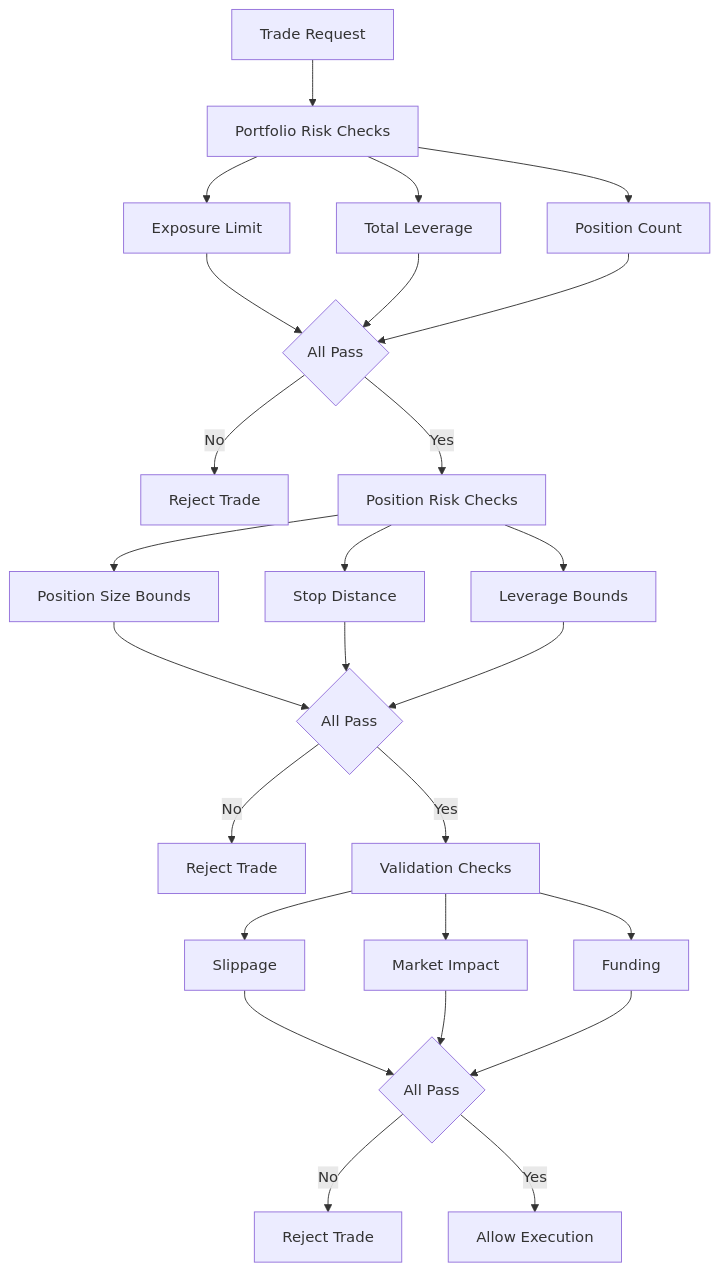
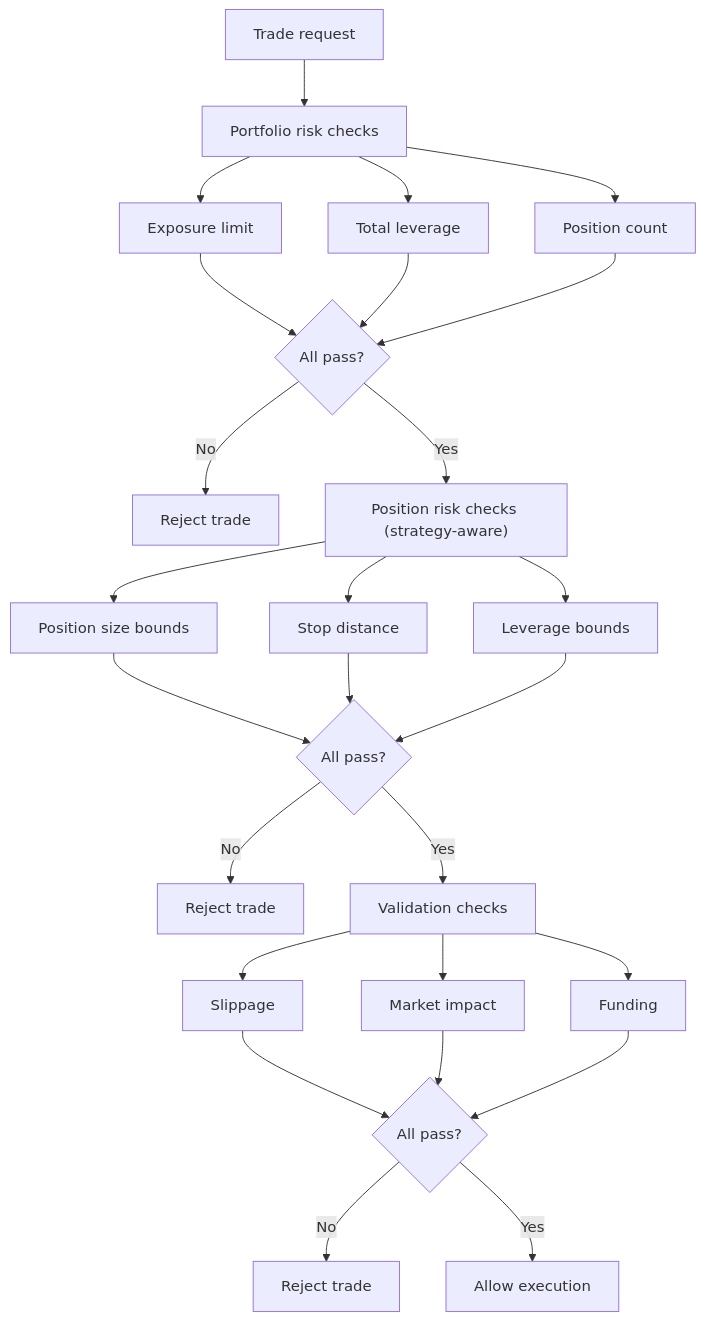
One commit to hashemselsherif/automated-trading-platform-showcase changed the ninth of 16 diagrams in diagrams/DIAGRAMS.md. Above: the diagram before and after it, drawn with Mermaid. The commit also changed other lines of this file and 2 other files, not shown here.

First line of the commit message:
docs: rebuild DIAGRAMS.md as canonical hub; render it from HTML viewer

````diff
--- a/diagrams/DIAGRAMS.md
+++ b/diagrams/DIAGRAMS.md
@@ -104,28 +290,28 @@
 ```mermaid
 flowchart TB
-  Trade[Trade Request] --> L1[Portfolio Risk Checks]
-  L1 --> A[Exposure Limit]
-  L1 --> B[Total Leverage]
-  L1 --> C[Position Count]
-  A --> D{All Pass}
+  Trade["Trade request"] --> L1["Portfolio risk checks"]
+  L1 --> A["Exposure limit"]
+  L1 --> B["Total leverage"]
+  L1 --> C["Position count"]
+  A --> D{"All pass?"}
   B --> D
   C --> D
-  D -->|No| Reject1[Reject Trade]
-  D -->|Yes| L2[Position Risk Checks]
-  L2 --> E[Position Size Bounds]
-  L2 --> F[Stop Distance]
-  L2 --> G[Leverage Bounds]
-  E --> H{All Pass}
+  D -->|No| Reject1["Reject trade"]
+  D -->|Yes| L2["Position risk checks (strategy-aware)"]
+  L2 --> E["Position size bounds"]
+  L2 --> F["Stop distance"]
+  L2 --> G["Leverage bounds"]
+  E --> H{"All pass?"}
   F --> H
   G --> H
-  H -->|No| Reject2[Reject Trade]
-  H -->|Yes| L3[Validation Checks]
-  L3 --> I[Slippage]
-  L3 --> J[Market Impact]
-  L3 --> K[Funding]
-  I --> L{All Pass}
-  J --> L
-  K --> L
-  L -->|No| Reject3[Reject Trade]
-  L -->|Yes| Execute[Allow Execution]
+  H -->|No| Reject2["Reject trade"]
+  H -->|Yes| L3["Validation checks"]
+  L3 --> I["Slippage"]
+  L3 --> J["Market impact"]
+  L3 --> K["Funding"]
+  I --> M{"All pass?"}
+  J --> M
+  K --> M
+  M -->|No| Reject3["Reject trade"]
+  M -->|Yes| Execute["Allow execution"]
 ```
````
